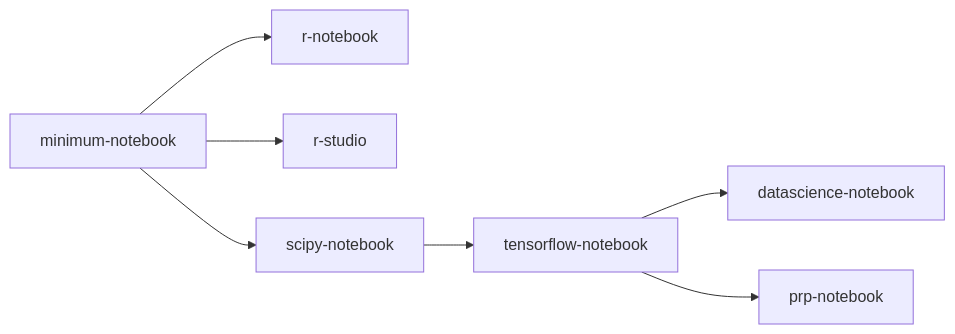
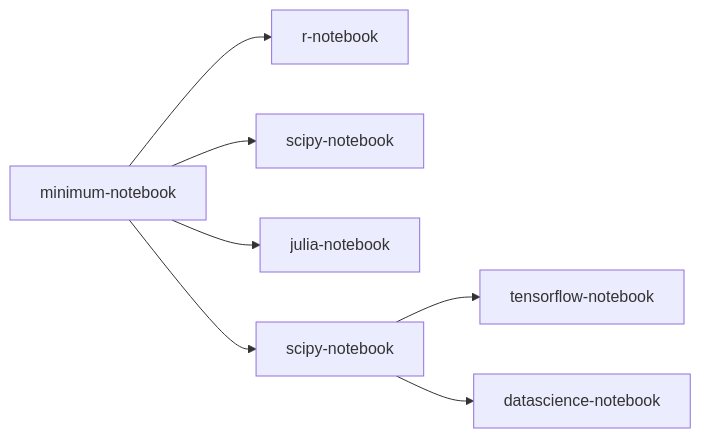
Before and after one commit to kkrick-sdsu/csu-tide.github.io: the first of 2 diagrams in docs/jupyterhub/availableimages-research.md, drawn with Mermaid. The commit also changed other lines of this file and 1 other file, not shown here.

````diff
--- a/docs/jupyterhub/availableimages-research.md
+++ b/docs/jupyterhub/availableimages-research.md
@@ -33,7 +36,8 @@
 ```mermaid
 graph LR;
     A[minimum-notebook]-->B[r-notebook];
-    A-->G[r-studio];
-    A-->C[scipy-notebook]-->D[tensorflow-notebook]-->E[datascience-notebook];
-    D-->F[prp-notebook];
+    A-->H[scipy-notebook];
+    A-->G[julia-notebook];
+    A-->C[scipy-notebook]-->D[tensorflow-notebook];
+    C-->E[datascience-notebook];
 ```
````
